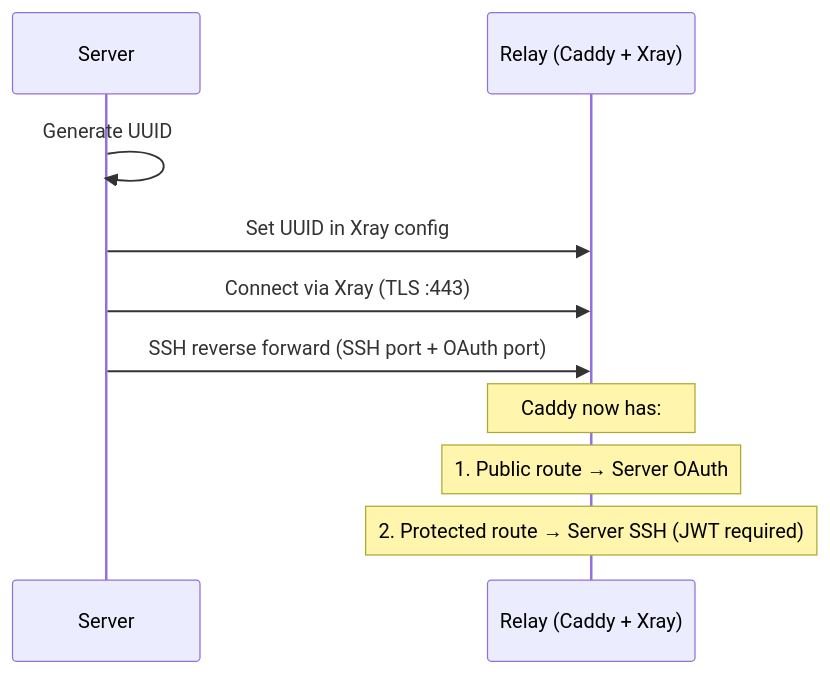
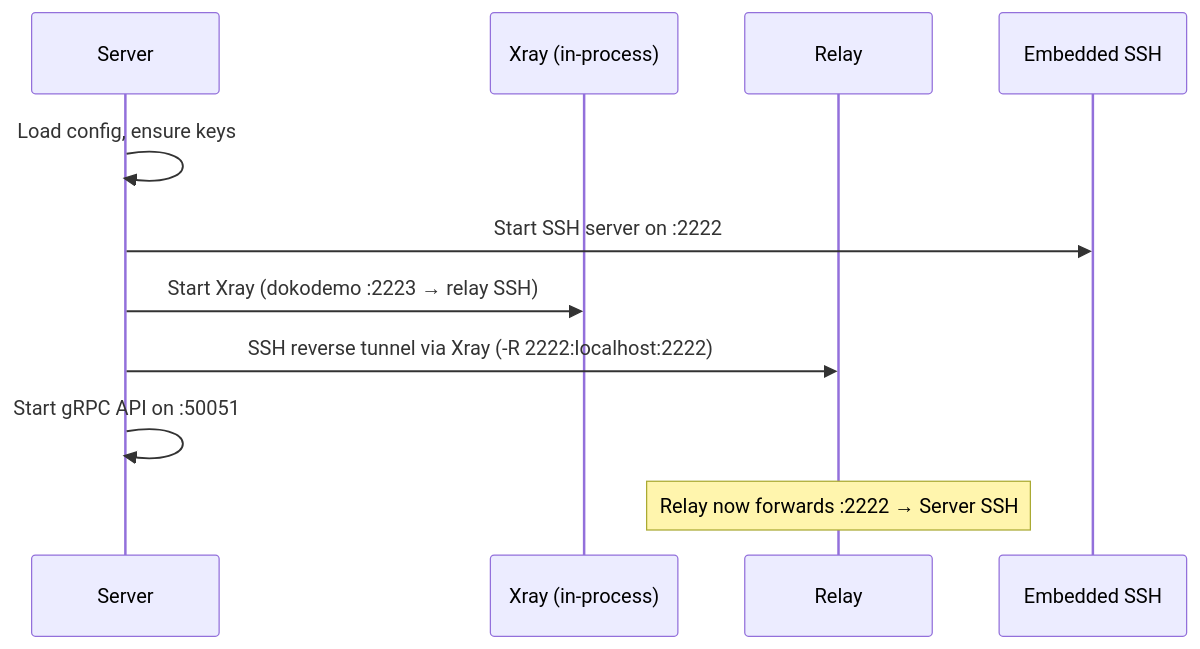
The fourth of 5 diagrams in docs/architecture/tw-arch-arc42.md (alicommit-malp/Tunnel-Whisperer), drawn with Mermaid before and after one commit. The commit also changed other lines of this file and 1 other file, not shown here.

````diff
--- a/docs/architecture/tw-arch-arc42.md
+++ b/docs/architecture/tw-arch-arc42.md
@@ -180,15 +224,14 @@
 ```mermaid
 sequenceDiagram
     participant S as Server
-    participant R as Relay (Caddy + Xray)
+    participant X as Xray (in-process)
+    participant R as Relay
+    participant SSH as Embedded SSH
 
-    S ->> S: Generate UUID
-    S ->> R: Set UUID in Xray config
-
-    S ->> R: Connect via Xray (TLS :443)
-    S ->> R: SSH reverse forward (SSH port + OAuth port)
-
-    Note over R: Caddy now has:
-    Note over R: 1. Public route → Server OAuth
-    Note over R: 2. Protected route → Server SSH (JWT required)
+    S ->> S: Load config, ensure keys
+    S ->> SSH: Start SSH server on :2222
+    S ->> X: Start Xray (dokodemo :2223 → relay SSH)
+    S ->> R: SSH reverse tunnel via Xray (-R 2222:localhost:2222)
+    S ->> S: Start gRPC API on :50051
+    Note over R: Relay now forwards :2222 → Server SSH
 ```
````
